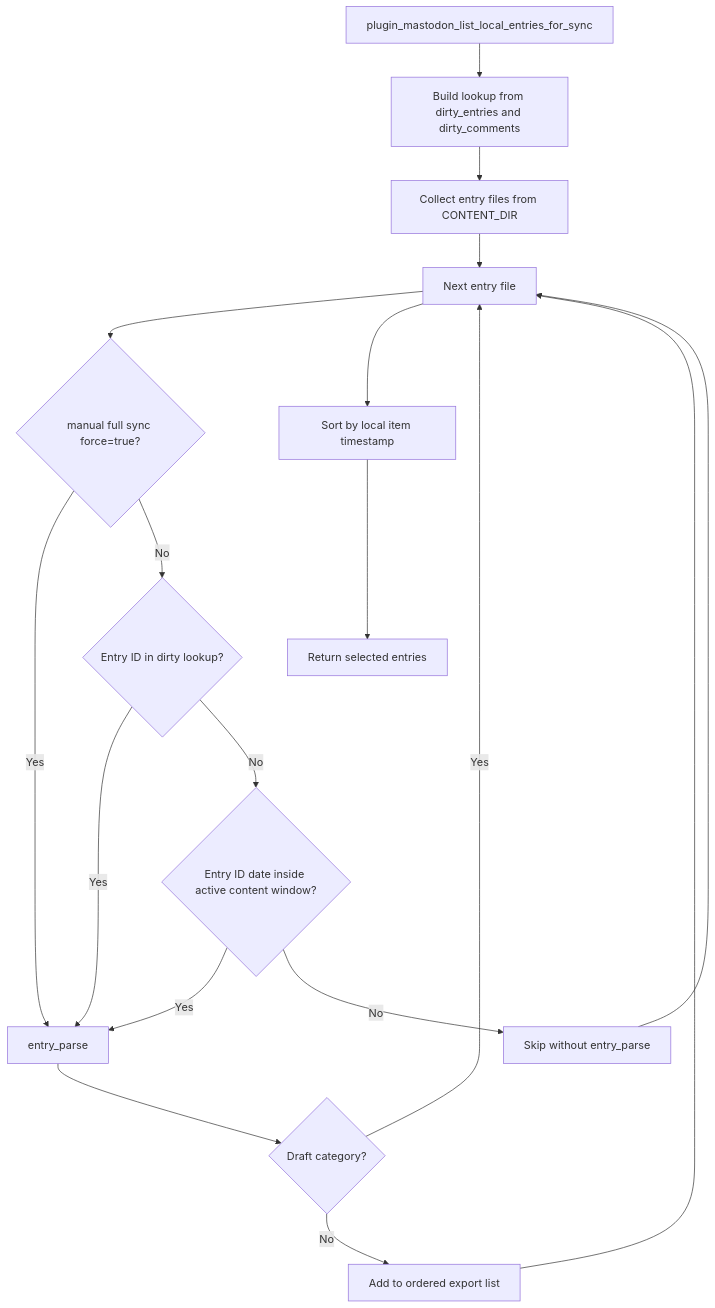
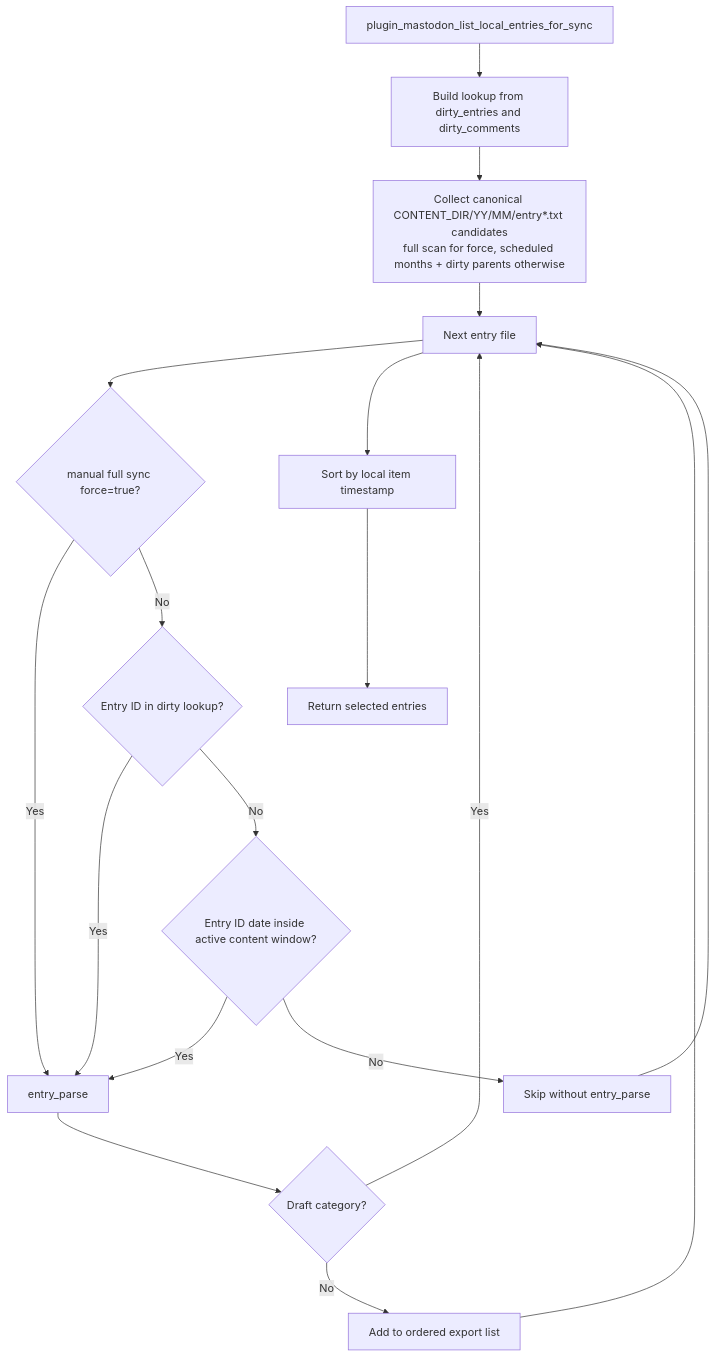
One commit to flatpressblog/flatpress changed the fourth of 32 diagrams in fp-plugins/mastodon/developer-docs/06-Process-Flow.md. Above: the diagram before and after it, drawn with Mermaid. The commit also changed other lines of this file and 7 other files, not shown here.

````diff
--- a/fp-plugins/mastodon/developer-docs/06-Process-Flow.md
+++ b/fp-plugins/mastodon/developer-docs/06-Process-Flow.md
@@ -134,29 +134,29 @@
 ```mermaid
 flowchart TD
     Start["plugin_mastodon_list_local_entries_for_sync"]
     DirtyLookup["Build lookup from dirty_entries and dirty_comments"]
-    CollectFiles["Collect entry files from CONTENT_DIR"]
+    CollectFiles["Collect canonical CONTENT_DIR/YY/MM/entry*.txt candidates<br/>full scan for force, scheduled months + dirty parents otherwise"]
     NextFile["Next entry file"]
     Force{"manual full sync force=true?"}
     Dirty{"Entry ID in dirty lookup?"}
     Window{"Entry ID date inside active content window?"}
     SkipWithoutParse["Skip without entry_parse"]
     Parse["entry_parse"]
     Draft{"Draft category?"}
     Add["Add to ordered export list"]
     Sort["Sort by local item timestamp"]
     Result["Return selected entries"]
 
     Start --> DirtyLookup --> CollectFiles --> NextFile
     NextFile --> Force
     Force -- "Yes" --> Parse
     Force -- "No" --> Dirty
     Dirty -- "Yes" --> Parse
     Dirty -- "No" --> Window
     Window -- "Yes" --> Parse
     Window -- "No" --> SkipWithoutParse --> NextFile
     Parse --> Draft
     Draft -- "Yes" --> NextFile
     Draft -- "No" --> Add --> NextFile
     NextFile --> Sort --> Result
 ```
````
